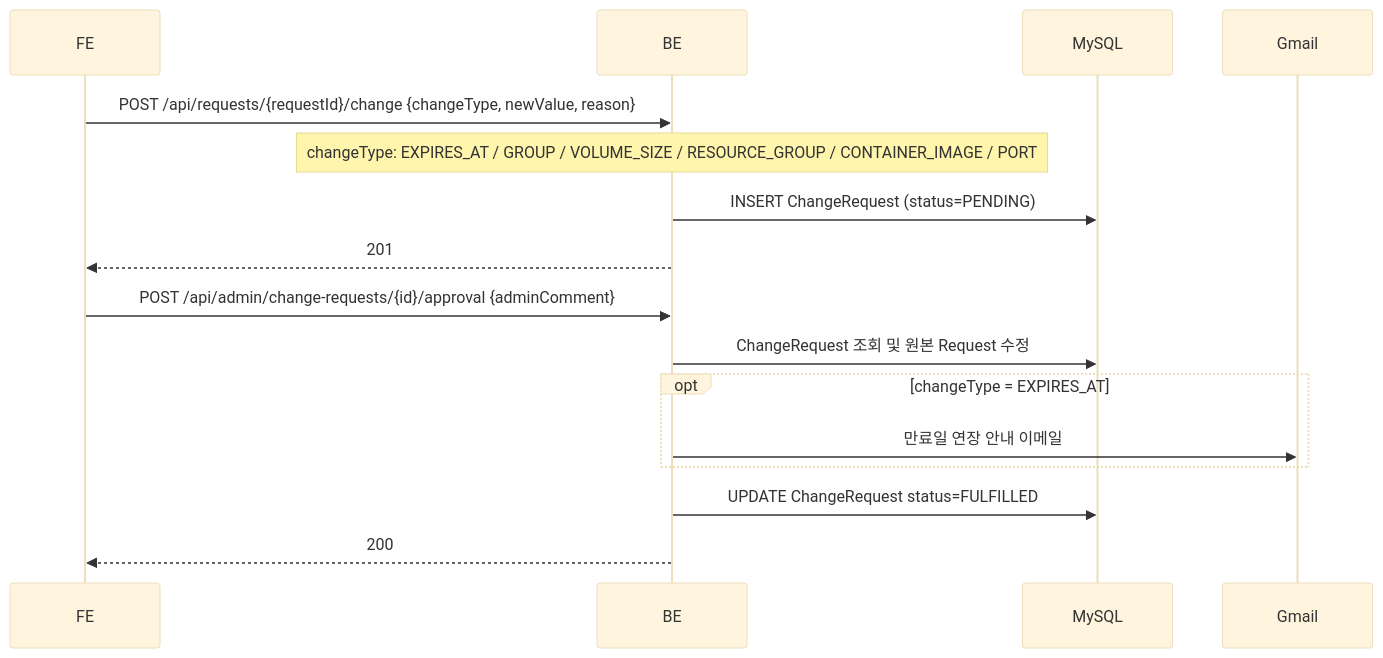
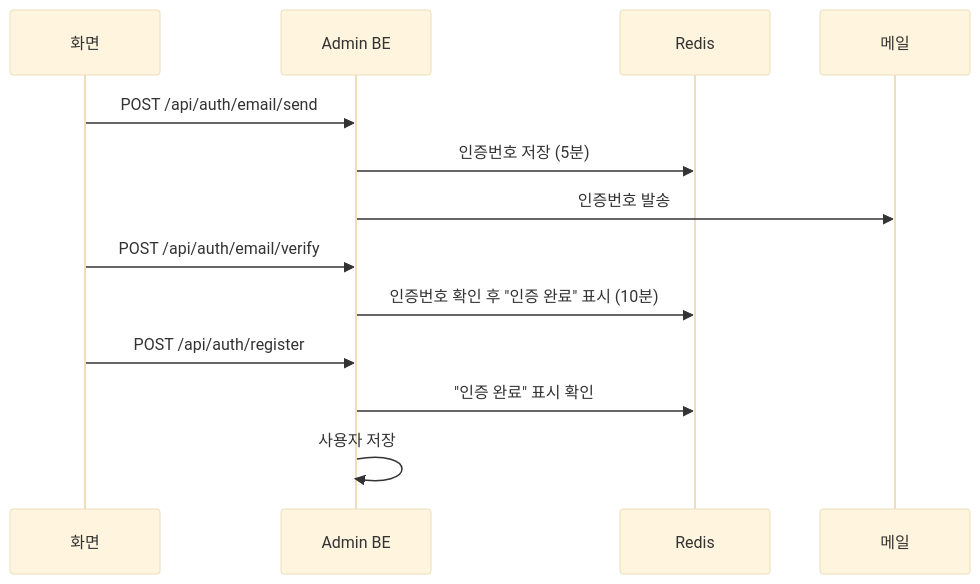
Before and after one commit to CSID-DGU/admin_wiki: the third of 5 diagrams in md/backend/시스템-아키텍처.md, drawn with Mermaid (base theme). The commit also changed other lines of this file and 11 other files, not shown here.

````diff
--- a/md/backend/시스템-아키텍처.md
+++ b/md/backend/시스템-아키텍처.md
@@ -180,20 +85,16 @@
 ```mermaid
 sequenceDiagram
-    participant FE as FE
-    participant BE as BE
-    participant MySQL as MySQL
-    participant Gmail as Gmail
+    participant FE as 화면
+    participant BE as Admin BE
+    participant R as Redis
+    participant M as 메일
 
-    FE->>BE: POST /api/requests/{requestId}/change {changeType, newValue, reason}
-    Note over BE: changeType: EXPIRES_AT / GROUP / VOLUME_SIZE / RESOURCE_GROUP / CONTAINER_IMAGE / PORT
-    BE->>MySQL: INSERT ChangeRequest (status=PENDING)
-    BE-->>FE: 201
-
-    FE->>BE: POST /api/admin/change-requests/{id}/approval {adminComment}
-    BE->>MySQL: ChangeRequest 조회 및 원본 Request 수정
-    opt changeType = EXPIRES_AT
-        BE->>Gmail: 만료일 연장 안내 이메일
-    end
-    BE->>MySQL: UPDATE ChangeRequest status=FULFILLED
-    BE-->>FE: 200
+    FE->>BE: POST /api/auth/email/send
+    BE->>R: 인증번호 저장 (5분)
+    BE->>M: 인증번호 발송
+    FE->>BE: POST /api/auth/email/verify
+    BE->>R: 인증번호 확인 후 "인증 완료" 표시 (10분)
+    FE->>BE: POST /api/auth/register
+    BE->>R: "인증 완료" 표시 확인
+    BE->>BE: 사용자 저장
 ```
````
